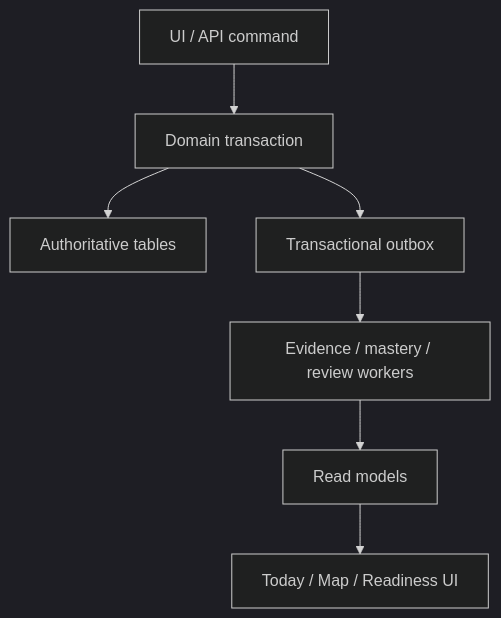
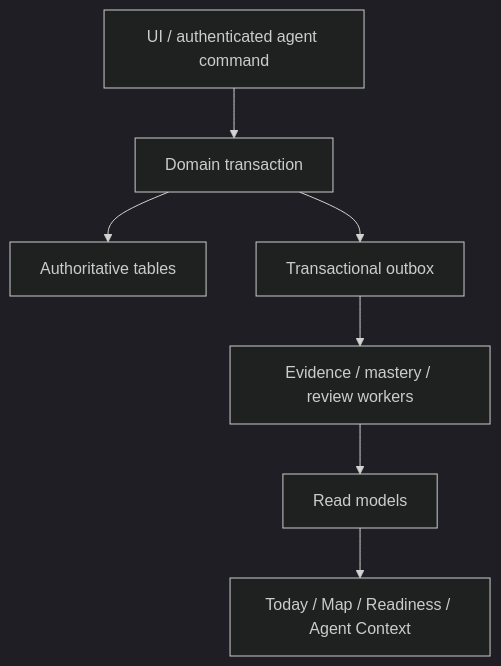
One commit to ilyalaz01/PANDO changed the diagram in docs/03_SYSTEM_ARCHITECTURE.md. Above: the diagram before and after it, drawn with Mermaid (dark theme). The commit also changed other lines of this file and 24 other files, not shown here.

````diff
--- a/docs/03_SYSTEM_ARCHITECTURE.md
+++ b/docs/03_SYSTEM_ARCHITECTURE.md
@@ -20,9 +20,9 @@
 ```mermaid
 flowchart TD
-    A["UI / API command"] --> B["Domain transaction"]
+    A["UI / authenticated agent command"] --> B["Domain transaction"]
     B --> C["Authoritative tables"]
     B --> D["Transactional outbox"]
     D --> E["Evidence / mastery / review workers"]
     E --> F["Read models"]
-    F --> G["Today / Map / Readiness UI"]
+    F --> G["Today / Map / Readiness / Agent Context"]
 ```
````
